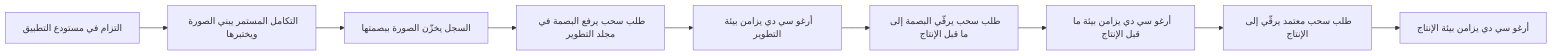
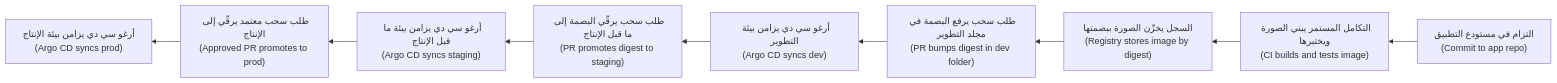
One commit to Tamoura/system-design-for-vibe-coders changed the second of 3 diagrams in cloud/modules/03-iac.ar.md. Above: the diagram before and after it, drawn with Mermaid. The commit also changed other lines of this file and 20 other files, not shown here.

First line of the commit message:
New courses: Arabic diagrams read right-to-left with English labels (modules 0–6)

````diff
--- a/cloud/modules/03-iac.ar.md
+++ b/cloud/modules/03-iac.ar.md
@@ -366,11 +366,11 @@
 ```mermaid
-flowchart LR
-    A["التزام في مستودع التطبيق"] --> B["التكامل المستمر يبني الصورة ويختبرها"]
-    B --> C["السجل يخزّن الصورة ببصمتها"]
-    C --> D["طلب سحب يرفع البصمة في مجلد التطوير"]
-    D --> E["أرغو سي دي يزامن بيئة التطوير"]
-    E --> F["طلب سحب يرقّي البصمة إلى ما قبل الإنتاج"]
-    F --> G["أرغو سي دي يزامن بيئة ما قبل الإنتاج"]
-    G --> H["طلب سحب معتمد يرقّي إلى الإنتاج"]
-    H --> I["أرغو سي دي يزامن بيئة الإنتاج"]
+flowchart RL
+    A["التزام في مستودع التطبيق<br/>(Commit to app repo)"] --> B["التكامل المستمر يبني الصورة ويختبرها<br/>(CI builds and tests image)"]
+    B --> C["السجل يخزّن الصورة ببصمتها<br/>(Registry stores image by digest)"]
+    C --> D["طلب سحب يرفع البصمة في مجلد التطوير<br/>(PR bumps digest in dev folder)"]
+    D --> E["أرغو سي دي يزامن بيئة التطوير<br/>(Argo CD syncs dev)"]
+    E --> F["طلب سحب يرقّي البصمة إلى ما قبل الإنتاج<br/>(PR promotes digest to staging)"]
+    F --> G["أرغو سي دي يزامن بيئة ما قبل الإنتاج<br/>(Argo CD syncs staging)"]
+    G --> H["طلب سحب معتمد يرقّي إلى الإنتاج<br/>(Approved PR promotes to prod)"]
+    H --> I["أرغو سي دي يزامن بيئة الإنتاج<br/>(Argo CD syncs prod)"]
 ```
````
